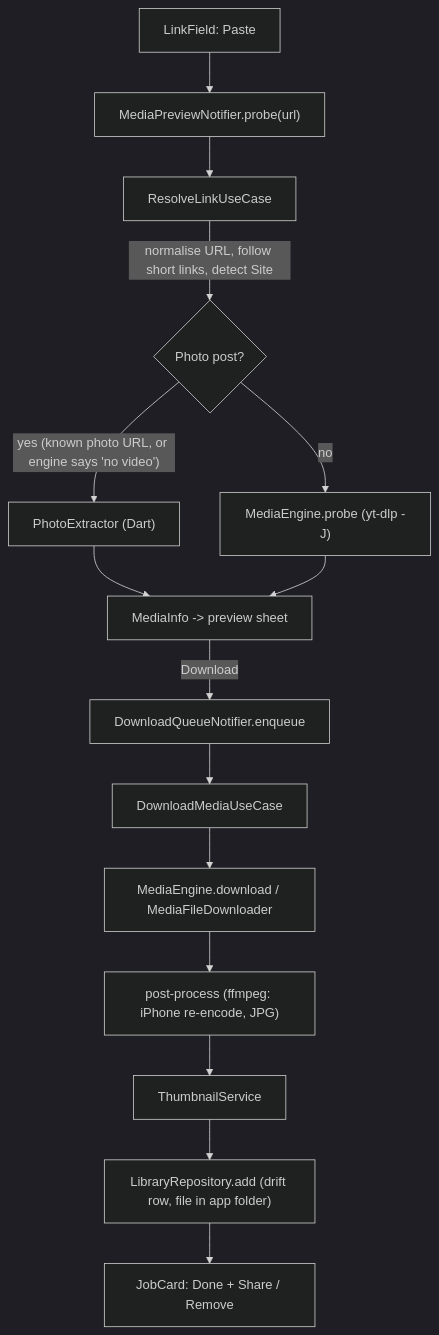
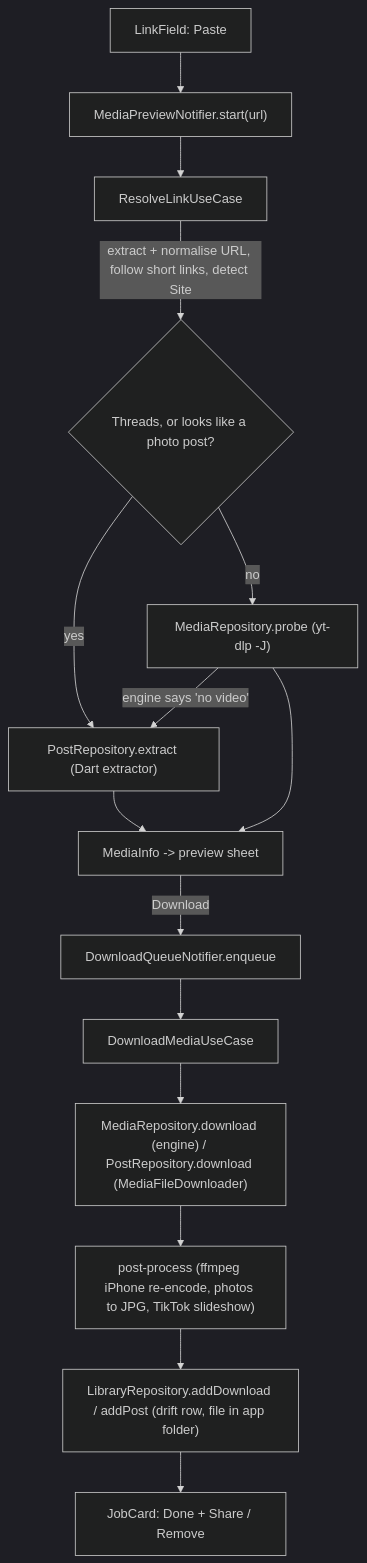
One commit to gaurishankar007/Flutter-Media-Downloader changed the second of 2 diagrams in docs/architecture/architecture.md. Above: the diagram before and after it, drawn with Mermaid (dark theme). The commit also changed other lines of this file and 53 other files, not shown here.

````diff
--- a/docs/architecture/architecture.md
+++ b/docs/architecture/architecture.md
@@ -160,16 +167,16 @@
 ```mermaid
 flowchart TD
-    A["LinkField: Paste"] --> B["MediaPreviewNotifier.probe(url)"]
+    A["LinkField: Paste"] --> B["MediaPreviewNotifier.start(url)"]
     B --> C["ResolveLinkUseCase"]
-    C -- "normalise URL, follow short links, detect Site" --> D{"Photo post?"}
-    D -- "yes (known photo URL, or engine says 'no video')" --> E["PhotoExtractor (Dart)"]
-    D -- "no" --> F["MediaEngine.probe (yt-dlp -J)"]
+    C -- "extract + normalise URL, follow short links, detect Site" --> D{"Threads, or looks like a photo post?"}
+    D -- "yes" --> E["PostRepository.extract (Dart extractor)"]
+    D -- "no" --> F["MediaRepository.probe (yt-dlp -J)"]
+    F -- "engine says 'no video'" --> E
     E & F --> G["MediaInfo -> preview sheet"]
     G -- "Download" --> H["DownloadQueueNotifier.enqueue"]
     H --> I["DownloadMediaUseCase"]
-    I --> J["MediaEngine.download / MediaFileDownloader"]
-    J --> K["post-process (ffmpeg: iPhone re-encode, JPG)"]
-    K --> L["ThumbnailService"]
-    L --> M["LibraryRepository.add (drift row, file in app folder)"]
+    I --> J["MediaRepository.download (engine) / PostRepository.download (MediaFileDownloader)"]
+    J --> K["post-process (ffmpeg iPhone re-encode, photos to JPG, TikTok slideshow)"]
+    K --> M["LibraryRepository.addDownload / addPost (drift row, file in app folder)"]
     M --> N["JobCard: Done + Share / Remove"]
 ```
````
